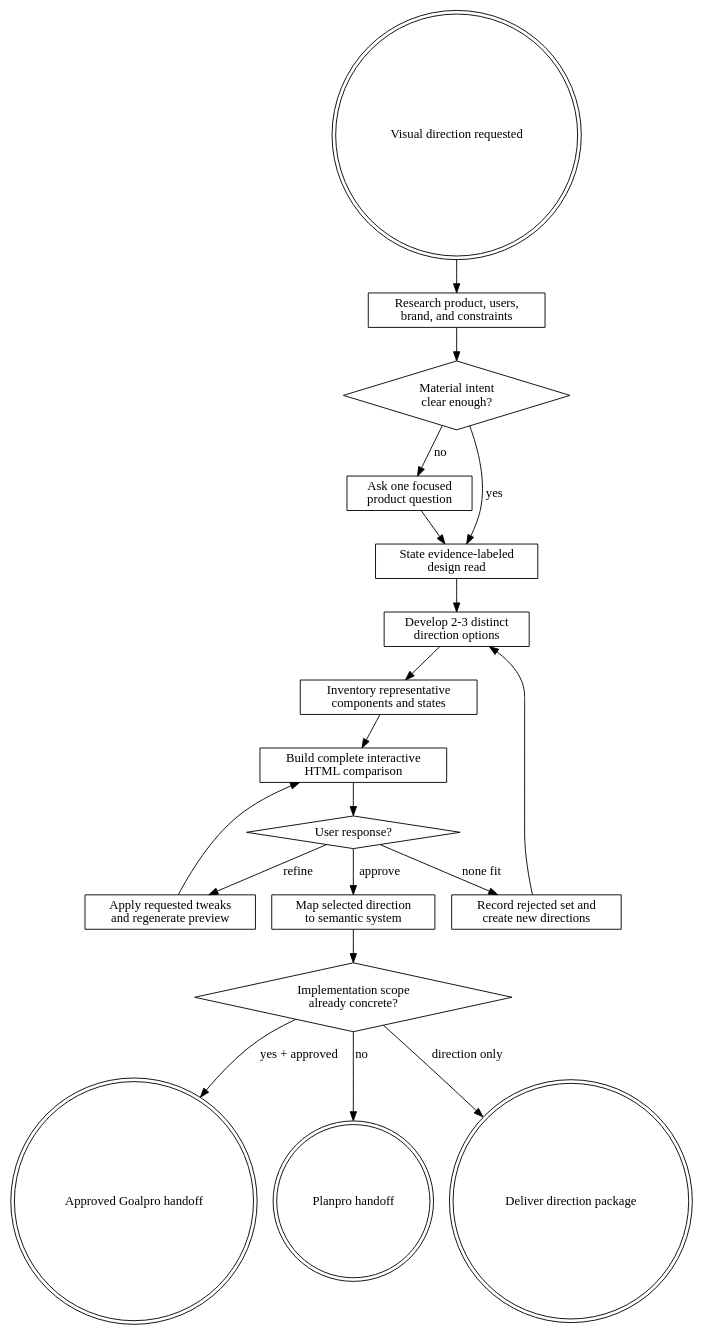
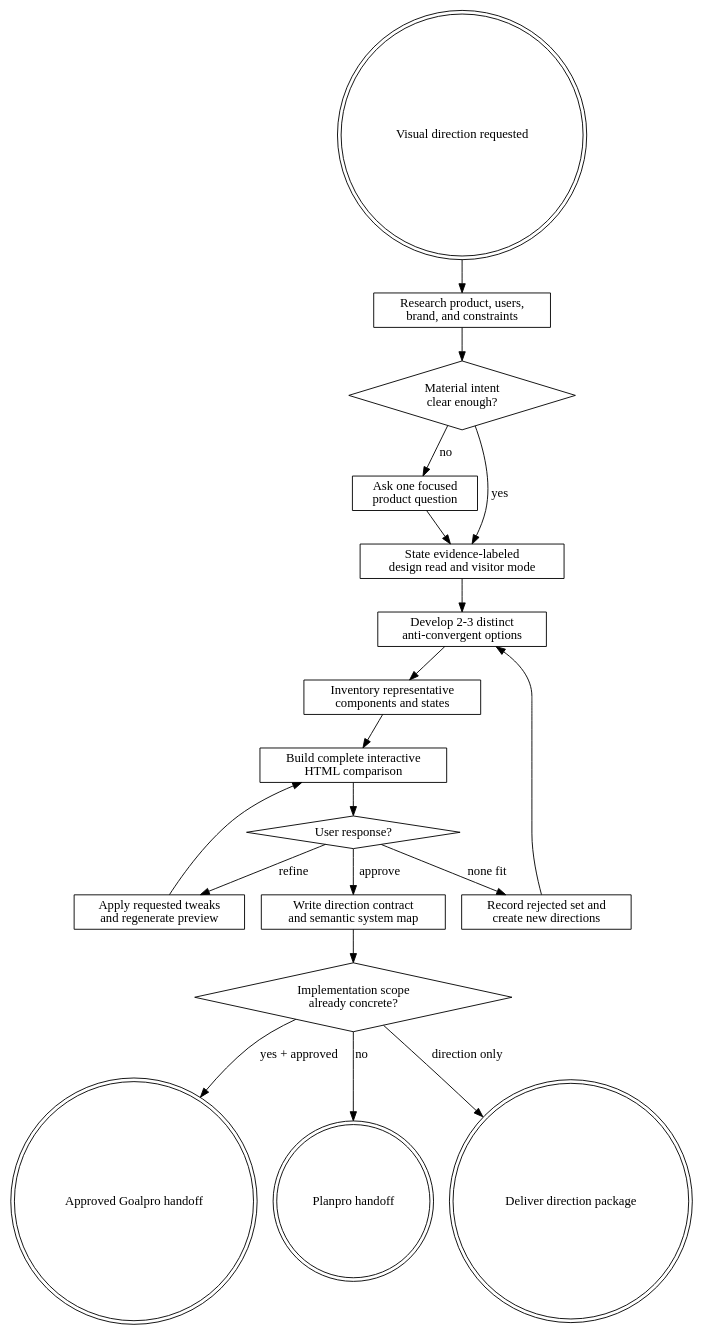
One commit to gremlin-labs/gremlin-skills changed the diagram in skills/experience/design-direction/SKILL.md. Above: the diagram before and after it, drawn with Graphviz. The commit also changed other lines of this file and 15 other files, not shown here.

First line of the commit message:
feat: add visitor-mode craft and direction contracts to design skills

````diff
--- a/skills/experience/design-direction/SKILL.md
+++ b/skills/experience/design-direction/SKILL.md
@@ -14,39 +14,39 @@
 ```dot
 digraph design_direction {
   start [shape=doublecircle, label="Visual direction requested"];
   intent [shape=box, label="Research product, users,\nbrand, and constraints"];
   clarity [shape=diamond, label="Material intent\nclear enough?"];
   ask [shape=box, label="Ask one focused\nproduct question"];
-  read [shape=box, label="State evidence-labeled\ndesign read"];
-  options [shape=box, label="Develop 2-3 distinct\ndirection options"];
+  read [shape=box, label="State evidence-labeled\ndesign read and visitor mode"];
+  options [shape=box, label="Develop 2-3 distinct\nanti-convergent options"];
   inventory [shape=box, label="Inventory representative\ncomponents and states"];
   preview [shape=box, label="Build complete interactive\nHTML comparison"];
   choose [shape=diamond, label="User response?"];
   refine [shape=box, label="Apply requested tweaks\nand regenerate preview"];
   regenerate [shape=box, label="Record rejected set and\ncreate new directions"];
-  map [shape=box, label="Map selected direction\nto semantic system"];
+  map [shape=box, label="Write direction contract\nand semantic system map"];
   ready [shape=diamond, label="Implementation scope\nalready concrete?"];
   goalpro [shape=doublecircle, label="Approved Goalpro handoff"];
   planpro [shape=doublecircle, label="Planpro handoff"];
   deliver [shape=doublecircle, label="Deliver direction package"];
 
   start -> intent;
   intent -> clarity;
   clarity -> ask [label="no"];
   ask -> read;
   clarity -> read [label="yes"];
   read -> options;
   options -> inventory;
   inventory -> preview;
   preview -> choose;
   choose -> refine [label="refine"];
   refine -> preview;
   choose -> regenerate [label="none fit"];
   regenerate -> options;
   choose -> map [label="approve"];
   map -> ready;
   ready -> goalpro [label="yes + approved"];
   ready -> planpro [label="no"];
   ready -> deliver [label="direction only"];
 }
 ```
````
